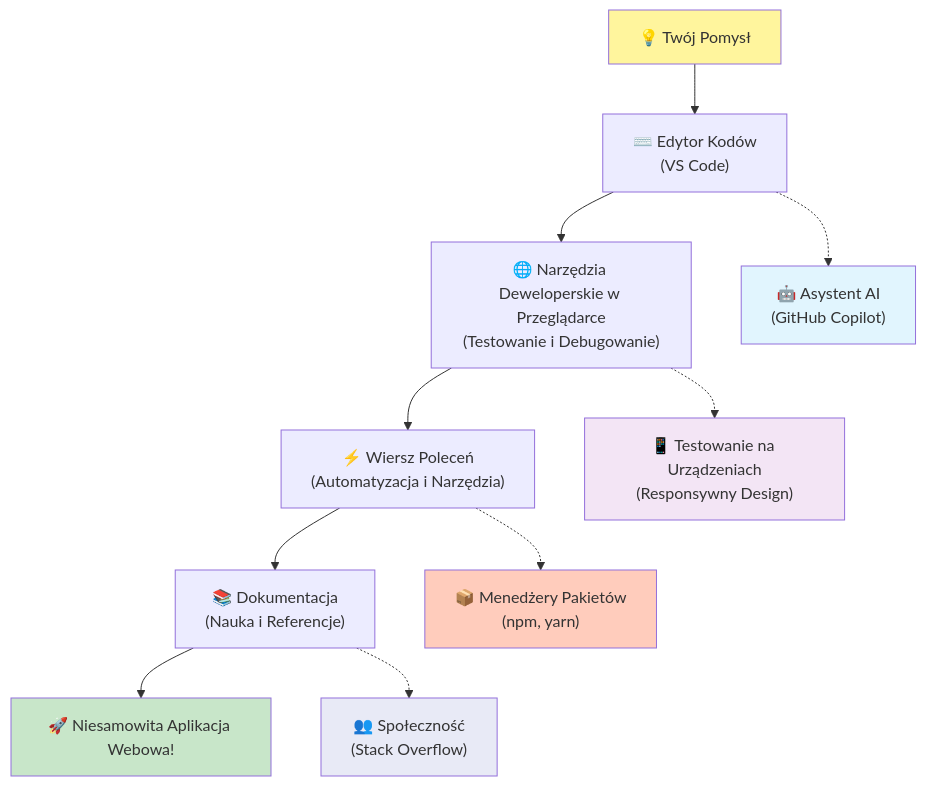
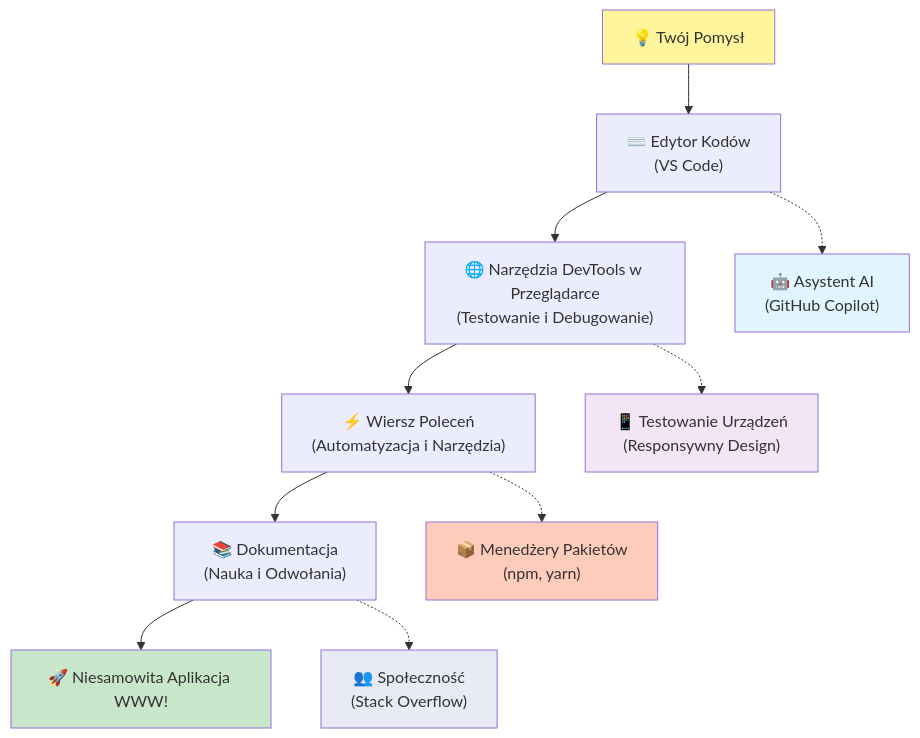
The fifth of 7 diagrams in translations/pl/1-getting-started-lessons/1-intro-to-programming-languages/README.md (microsoft/Web-Dev-For-Beginners), drawn with Mermaid before and after one commit. The commit also changed other lines of this file and 11 other files, not shown here.

````diff
--- a/translations/pl/1-getting-started-lessons/1-intro-to-programming-languages/README.md
+++ b/translations/pl/1-getting-started-lessons/1-intro-to-programming-languages/README.md
@@ -488,20 +488,20 @@
 ```mermaid
 graph TD
     A["💡 Twój Pomysł"] --> B["⌨️ Edytor Kodów<br/>(VS Code)"] 
-    B --> C["🌐 Narzędzia Deweloperskie w Przeglądarce<br/>(Testowanie i Debugowanie)"]
+    B --> C["🌐 Narzędzia DevTools w Przeglądarce<br/>(Testowanie i Debugowanie)"]
     C --> D["⚡ Wiersz Poleceń<br/>(Automatyzacja i Narzędzia)"]
-    D --> E["📚 Dokumentacja<br/>(Nauka i Referencje)"]
-    E --> F["🚀 Niesamowita Aplikacja Webowa!"]
+    D --> E["📚 Dokumentacja<br/>(Nauka i Odwołania)"]
+    E --> F["🚀 Niesamowita Aplikacja WWW!"]
     
     B -.-> G["🤖 Asystent AI<br/>(GitHub Copilot)"]
-    C -.-> H["📱 Testowanie na Urządzeniach<br/>(Responsywny Design)"]
+    C -.-> H["📱 Testowanie Urządzeń<br/>(Responsywny Design)"]
     D -.-> I["📦 Menedżery Pakietów<br/>(npm, yarn)"]
     E -.-> J["👥 Społeczność<br/>(Stack Overflow)"]
     
     style A fill:#fff59d
     style F fill:#c8e6c9
     style G fill:#e1f5fe
     style H fill:#f3e5f5
     style I fill:#ffccbc
     style J fill:#e8eaf6
 ```
````
